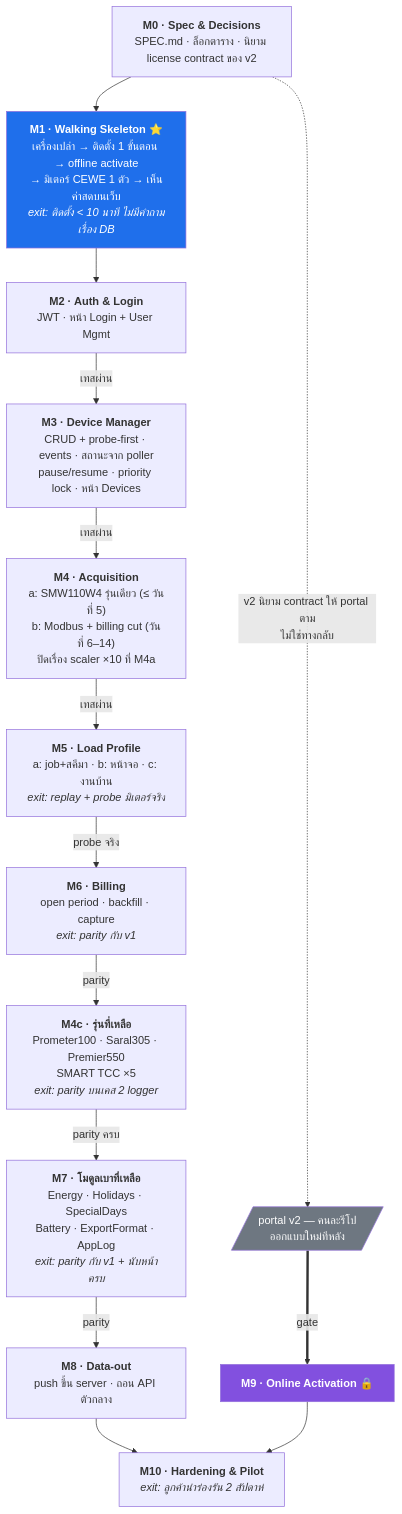
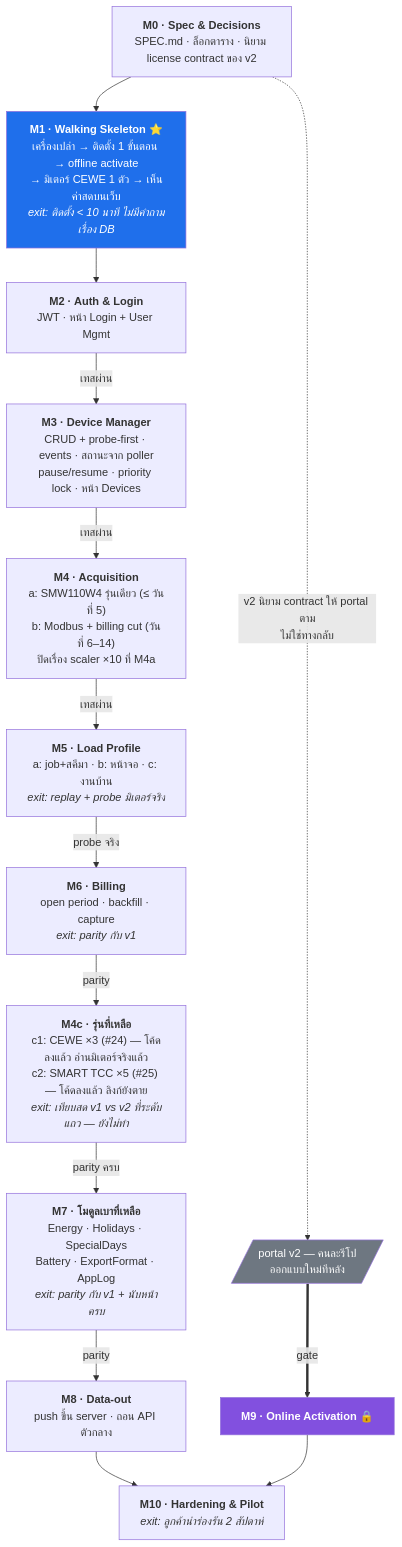
One commit to sunchanin/arichds-application-v2 changed the second of 4 diagrams in docs/REMAKE-PLAN.md. Above: the diagram before and after it, drawn with Mermaid. The commit also changed other lines of this file and 4 other files, not shown here.

````diff
--- a/docs/REMAKE-PLAN.md
+++ b/docs/REMAKE-PLAN.md
@@ -65,24 +65,24 @@
 ```mermaid
 flowchart TD
     M0["<b>M0 · Spec & Decisions</b><br/>SPEC.md · ล็อกตาราง · นิยาม license contract ของ v2"]
     M1["<b>M1 · Walking Skeleton</b> ⭐<br/>เครื่องเปล่า → ติดตั้ง 1 ขั้นตอน → offline activate<br/>→ มิเตอร์ CEWE 1 ตัว → เห็นค่าสดบนเว็บ<br/><i>exit: ติดตั้ง &lt; 10 นาที ไม่มีคำถามเรื่อง DB</i>"]
     M2["<b>M2 · Auth & Login</b><br/>JWT · หน้า Login + User Mgmt"]
     M3["<b>M3 · Device Manager</b><br/>CRUD + probe-first · events · สถานะจาก poller<br/>pause/resume · priority lock · หน้า Devices"]
     M4["<b>M4 · Acquisition</b><br/>a: SMW110W4 รุ่นเดียว (≤ วันที่ 5)<br/>b: Modbus + billing cut (วันที่ 6–14)<br/>ปิดเรื่อง scaler ×10 ที่ M4a"]
-    M4C["<b>M4c · รุ่นที่เหลือ</b><br/>Prometer100 · Saral305 · Premier550<br/>SMART TCC ×5<br/><i>exit: parity บนเคส 2 logger</i>"]
+    M4C["<b>M4c · รุ่นที่เหลือ</b><br/>c1: CEWE ×3 (#24) — โค้ดลงแล้ว อ่านมิเตอร์จริงแล้ว<br/>c2: SMART TCC ×5 (#25) — โค้ดลงแล้ว ลิงก์ยังตาย<br/><i>exit: เทียบสด v1 vs v2 ที่ระดับแถว — ยังไม่ทำ</i>"]
     M5["<b>M5 · Load Profile</b><br/>a: job+สคีมา · b: หน้าจอ · c: งานบ้าน<br/><i>exit: replay + probe มิเตอร์จริง</i>"]
     M6["<b>M6 · Billing</b><br/>open period · backfill · capture<br/><i>exit: parity กับ v1</i>"]
     M7["<b>M7 · โมดูลเบาที่เหลือ</b><br/>Energy · Holidays · SpecialDays<br/>Battery · ExportFormat · AppLog<br/><i>exit: parity กับ v1 + นับหน้าครบ</i>"]
     M8["<b>M8 · Data-out</b><br/>push ขึ้น server · ถอน API ตัวกลาง"]
     M9["<b>M9 · Online Activation</b> 🔒"]
     M10["<b>M10 · Hardening & Pilot</b><br/><i>exit: ลูกค้านำร่องรัน 2 สัปดาห์</i>"]
     PORTAL[/"portal v2 — คนละรีโป<br/>ออกแบบใหม่ทีหลัง"/]
 
     M0 --> M1 --> M2 -- "เทสผ่าน" --> M3 -- "เทสผ่าน" --> M4 -- "เทสผ่าน" --> M5 -- "probe จริง" --> M6 -- "parity" --> M4C -- "parity ครบ" --> M7 -- "parity" --> M8 --> M10
     M0 -. "v2 นิยาม contract ให้ portal ตาม<br/>ไม่ใช่ทางกลับ" .-> PORTAL
     PORTAL == "gate" ==> M9 --> M10
 
     style M1 fill:#1f6feb,color:#fff
     style M9 fill:#8250df,color:#fff
     style PORTAL fill:#6e7781,color:#fff
 ```
````
